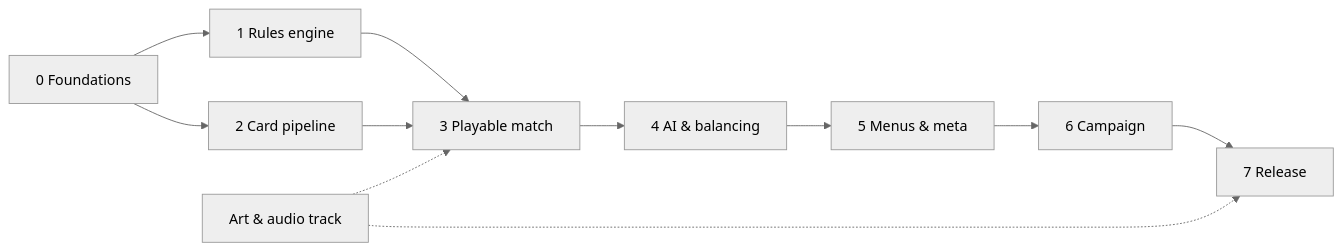
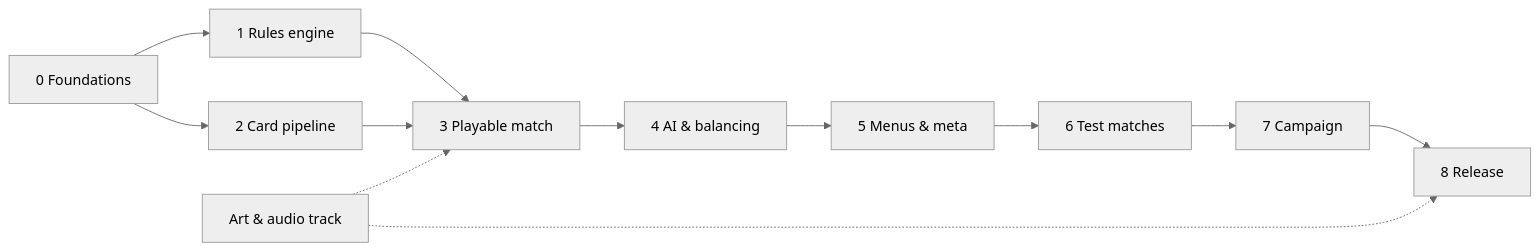
One commit to TuntematonSotilas/nothung changed the diagram in docs/roadmap.md. Above: the diagram before and after it, drawn with Mermaid (neutral theme). The commit also changed other lines of this file and 30 other files, not shown here.

````diff
--- a/docs/roadmap.md
+++ b/docs/roadmap.md
@@ -24,8 +25,8 @@
 ```mermaid
 flowchart LR
     M0[0 Foundations] --> M1[1 Rules engine] --> M3[3 Playable match]
     M0 --> M2[2 Card pipeline] --> M3
-    M3 --> M4[4 AI & balancing] --> M5[5 Menus & meta] --> M6[6 Campaign] --> M7[7 Release]
+    M3 --> M4[4 AI & balancing] --> M5[5 Menus & meta] --> M6[6 Test matches] --> M7[7 Campaign] --> M8[8 Release]
     ART[Art & audio track] -.-> M3
-    ART -.-> M7
+    ART -.-> M8
 ```
````
